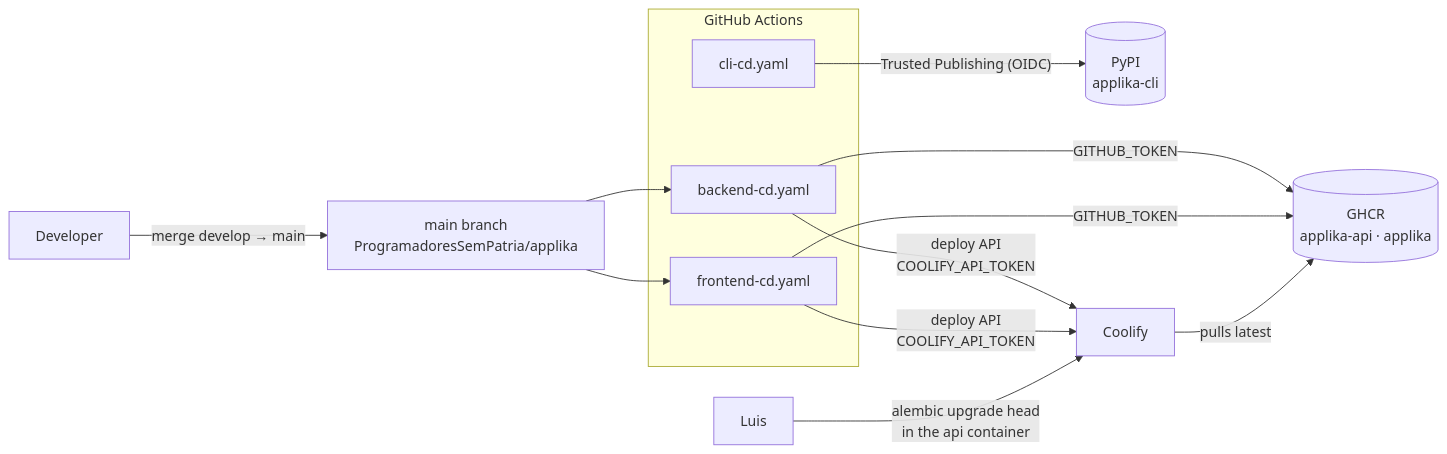
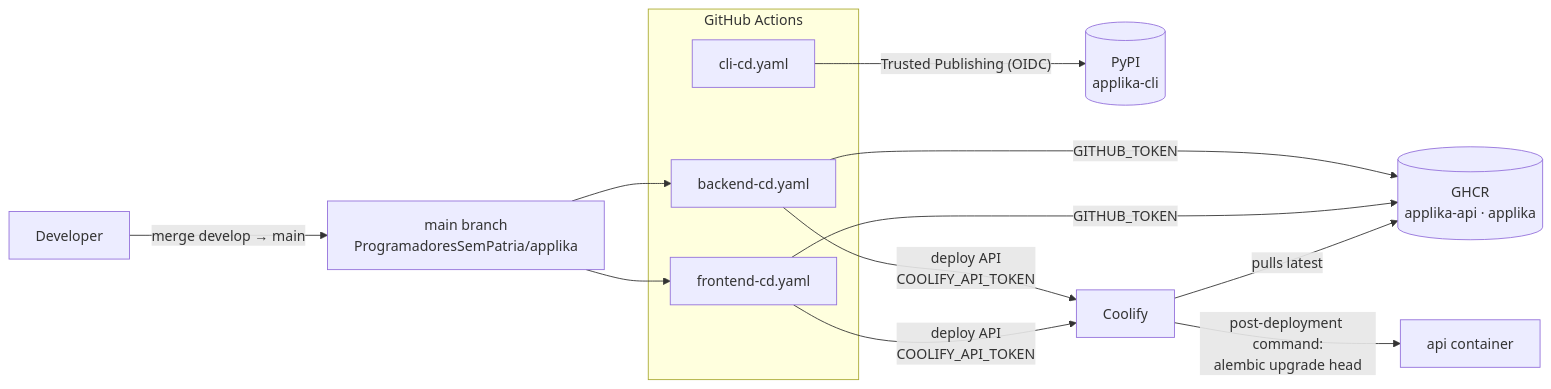
One commit to BorderlessCodingHub/applika changed the fourth of 13 diagrams in docs/infrastructure.md. Above: the diagram before and after it, drawn with Mermaid. The commit also changed other lines of this file and 2 other files, not shown here.

First line of the commit message:
docs: document the Coolify setup and automatic migrations

````diff
--- a/docs/infrastructure.md
+++ b/docs/infrastructure.md
@@ -147,21 +147,21 @@
 ```mermaid
 flowchart LR
     dev["Developer"] -- "merge develop → main" --> main["main branch<br/>ProgramadoresSemPatria/applika"]
 
     subgraph gha["GitHub Actions"]
         bcd["backend-cd.yaml"]
         fcd["frontend-cd.yaml"]
         ccd["cli-cd.yaml"]
     end
 
     main --> bcd
     main --> fcd
     bcd -- "GITHUB_TOKEN" --> ghcr[("GHCR<br/>applika-api · applika")]
     fcd -- "GITHUB_TOKEN" --> ghcr
     ccd -- "Trusted Publishing (OIDC)" --> pypi[("PyPI<br/>applika-cli")]
 
     bcd -- "deploy API<br/>COOLIFY_API_TOKEN" --> coolify["Coolify"]
     fcd -- "deploy API<br/>COOLIFY_API_TOKEN" --> coolify
     coolify -- "pulls latest" --> ghcr
-    luis["Luis"] -- "alembic upgrade head<br/>in the api container" --> coolify
+    coolify -- "post-deployment command:<br/>alembic upgrade head" --> api["api container"]
 ```
````
